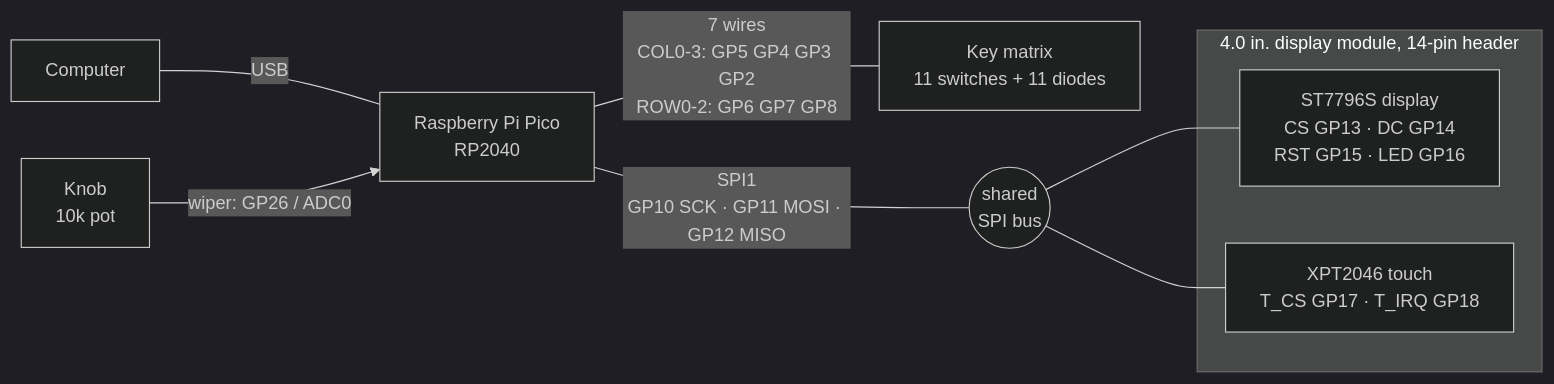
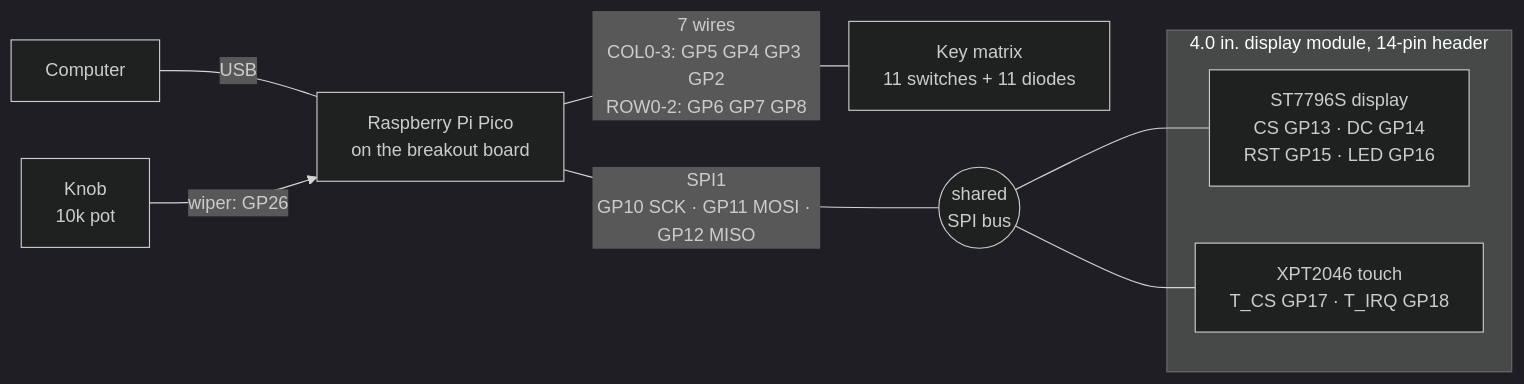
One commit to milesroxas/glyf changed the first of 2 diagrams in domains/prototypes/macropads/macro-eleven/docs/rev2-wiring-guide.md. Above: the diagram before and after it, drawn with Mermaid (dark theme). The commit also changed other lines of this file, not shown here.

First line of the commit message:
docs(macro-eleven): update wiring guide for breakout board integration

````diff
--- a/domains/prototypes/macropads/macro-eleven/docs/rev2-wiring-guide.md
+++ b/domains/prototypes/macropads/macro-eleven/docs/rev2-wiring-guide.md
@@ -46,13 +50,13 @@
 ```mermaid
 flowchart LR
-    PC["Computer"] ---|USB| PICO["Raspberry Pi Pico<br/>RP2040"]
+    PC["Computer"] ---|USB| PICO["Raspberry Pi Pico<br/>on the breakout board"]
     PICO ---|"7 wires<br/>COL0-3: GP5 GP4 GP3 GP2<br/>ROW0-2: GP6 GP7 GP8"| KEYS["Key matrix<br/>11 switches + 11 diodes"]
-    KNOB["Knob<br/>10k pot"] -->|"wiper: GP26 / ADC0"| PICO
+    KNOB["Knob<br/>10k pot"] -->|"wiper: GP26"| PICO
     PICO ---|"SPI1<br/>GP10 SCK · GP11 MOSI · GP12 MISO"| BUS(("shared<br/>SPI bus"))
     subgraph MOD["4.0 in. display module, 14-pin header"]
         TFT["ST7796S display<br/>CS GP13 · DC GP14<br/>RST GP15 · LED GP16"]
         TOUCH["XPT2046 touch<br/>T_CS GP17 · T_IRQ GP18"]
     end
     BUS --- TFT
     BUS --- TOUCH
 ```
````
